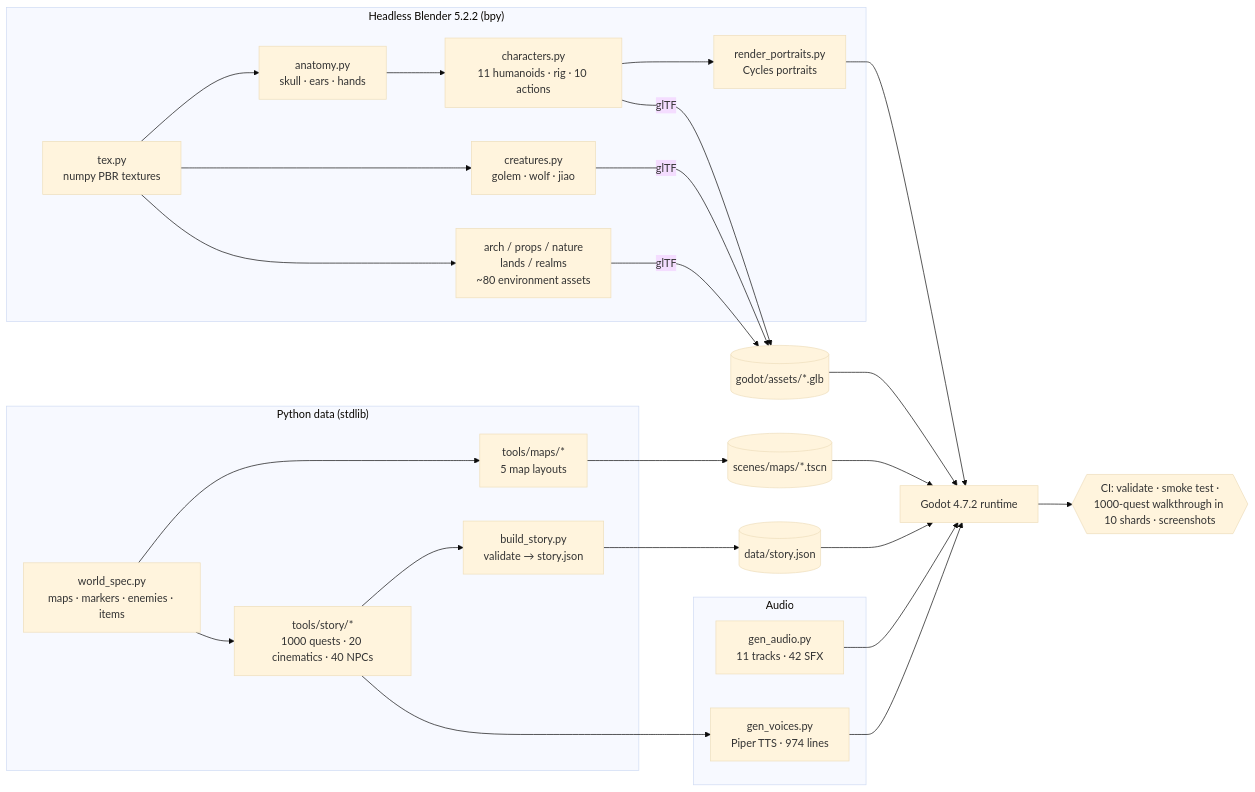
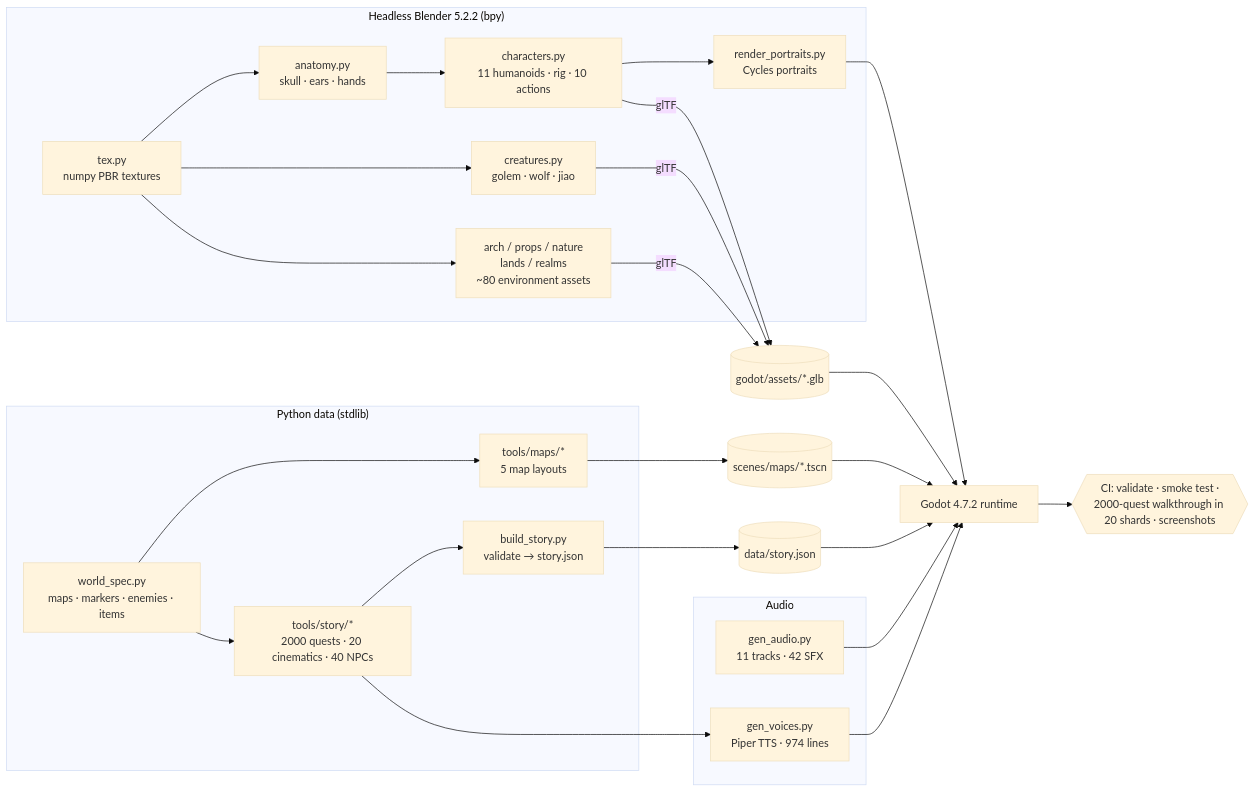
Before and after one commit to jgyy/vnxianxia: the second of 3 diagrams in README.md, drawn with Mermaid (base theme). The commit also changed other lines of this file and 96 other files, not shown here.

````diff
--- a/README.md
+++ b/README.md
@@ -106,25 +109,25 @@
 ```mermaid
 flowchart LR
     subgraph Blender["Headless Blender 5.2.2 (bpy)"]
         T[tex.py<br/>numpy PBR textures] --> AN[anatomy.py<br/>skull · ears · hands]
         AN --> CH[characters.py<br/>11 humanoids · rig · 10 actions]
         T --> CR[creatures.py<br/>golem · wolf · jiao]
         T --> EN[arch / props / nature<br/>lands / realms<br/>~80 environment assets]
         CH --> PR[render_portraits.py<br/>Cycles portraits]
     end
     subgraph Data["Python data (stdlib)"]
         WS[world_spec.py<br/>maps · markers · enemies · items] --> MAPS[tools/maps/*<br/>5 map layouts]
-        WS --> ST[tools/story/*<br/>1000 quests · 20 cinematics · 40 NPCs]
+        WS --> ST[tools/story/*<br/>2000 quests · 20 cinematics · 40 NPCs]
         ST --> BS[build_story.py<br/>validate → story.json]
     end
     subgraph Audio["Audio"]
         GA[gen_audio.py<br/>11 tracks · 42 SFX] 
         GV[gen_voices.py<br/>Piper TTS · 974 lines]
     end
     CH & CR & EN -->|glTF| G[(godot/assets/*.glb)]
     MAPS --> SC[(scenes/maps/*.tscn)]
     BS --> SJ[(data/story.json)]
     ST --> GV
     G & SC & SJ & PR & GA & GV --> RT[Godot 4.7.2 runtime]
-    RT --> CI{{CI: validate · smoke test ·<br/>1000-quest walkthrough in 10 shards · screenshots}}
+    RT --> CI{{CI: validate · smoke test ·<br/>2000-quest walkthrough in 20 shards · screenshots}}
 ```
````
